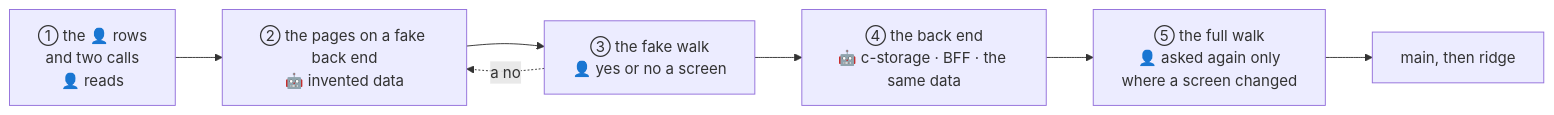
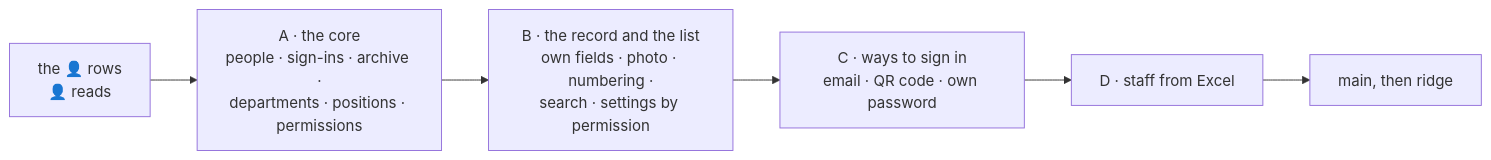
The diagram in docs/plans/2026-10-29-employee-list.md (ancJ29/credo), drawn with Mermaid before and after one commit. The commit also changed other lines of this file, not shown here.

First line of the commit message:
docs(plan): employee list amended to the human's answers, all of it, on extra

````diff
--- a/docs/plans/2026-10-29-employee-list.md
+++ b/docs/plans/2026-10-29-employee-list.md
@@ -20,9 +27,8 @@
 ```mermaid
 flowchart LR
-  read["① the 👤 rows<br/>and two calls<br/>👤 reads"] --> fake["② the pages on a fake back end<br/>🤖 invented data"]
-  fake --> preview["③ the fake walk<br/>👤 yes or no a screen"]
-  preview -. "a no" .-> fake
-  preview --> back["④ the back end<br/>🤖 c-storage · BFF · the same data"]
-  back --> full["⑤ the full walk<br/>👤 asked again only<br/>where a screen changed"]
-  full --> ridge["main, then ridge"]
+  read["the 👤 rows<br/>👤 reads"] --> a["A · the core<br/>people · sign-ins · archive ·<br/>departments · positions · permissions"]
+  a --> b["B · the record and the list<br/>own fields · photo · numbering ·<br/>search · settings by permission"]
+  b --> c["C · ways to sign in<br/>email · QR code · own password"]
+  c --> d["D · staff from Excel"]
+  d --> ridge["main, then ridge"]
 ```
````
